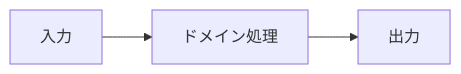
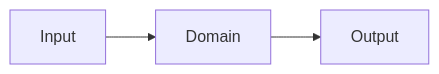
Before and after one commit to techbeansjp-free/AGENTS.md: the diagram in .agent-skill-chain/templates/common/00_図表設計ガイド.md, drawn with Mermaid. The commit also changed other lines of this file and 88 other files, not shown here.

````diff
--- a/.agent-skill-chain/templates/common/00_図表設計ガイド.md
+++ b/.agent-skill-chain/templates/common/00_図表設計ガイド.md
@@ -31,5 +31,5 @@
 ```mermaid
 flowchart LR
-  input[入力] --> domain[ドメイン処理]
-  domain --> output[出力]
+  Input --> Domain
+  Domain --> Output
 ```
````
